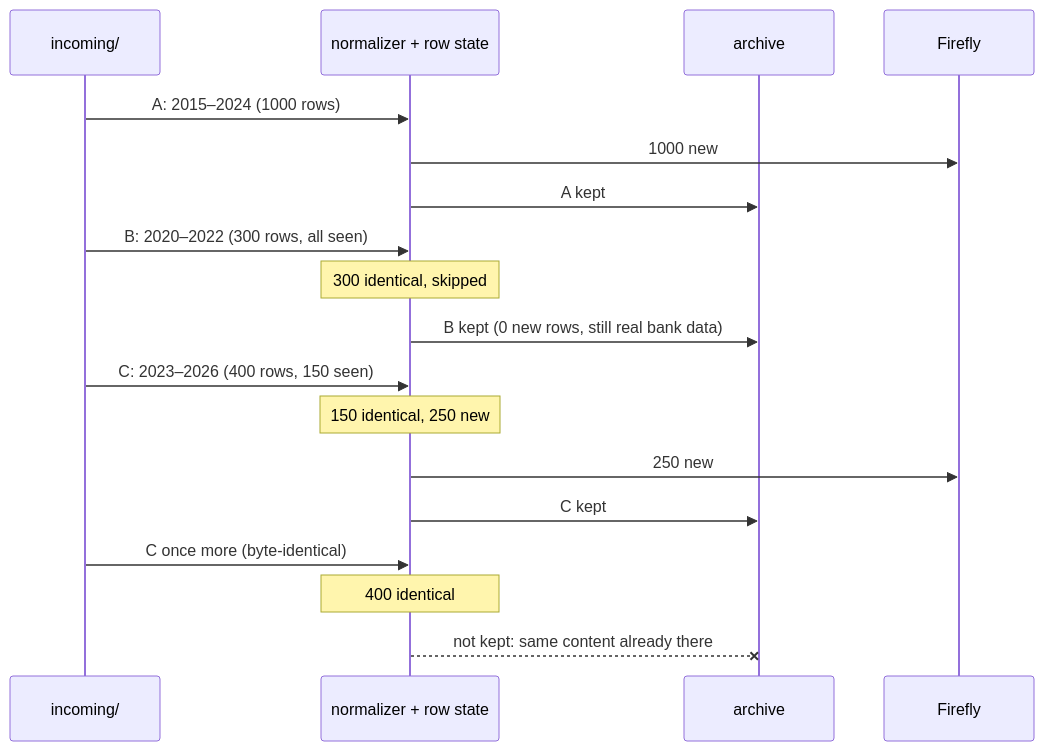
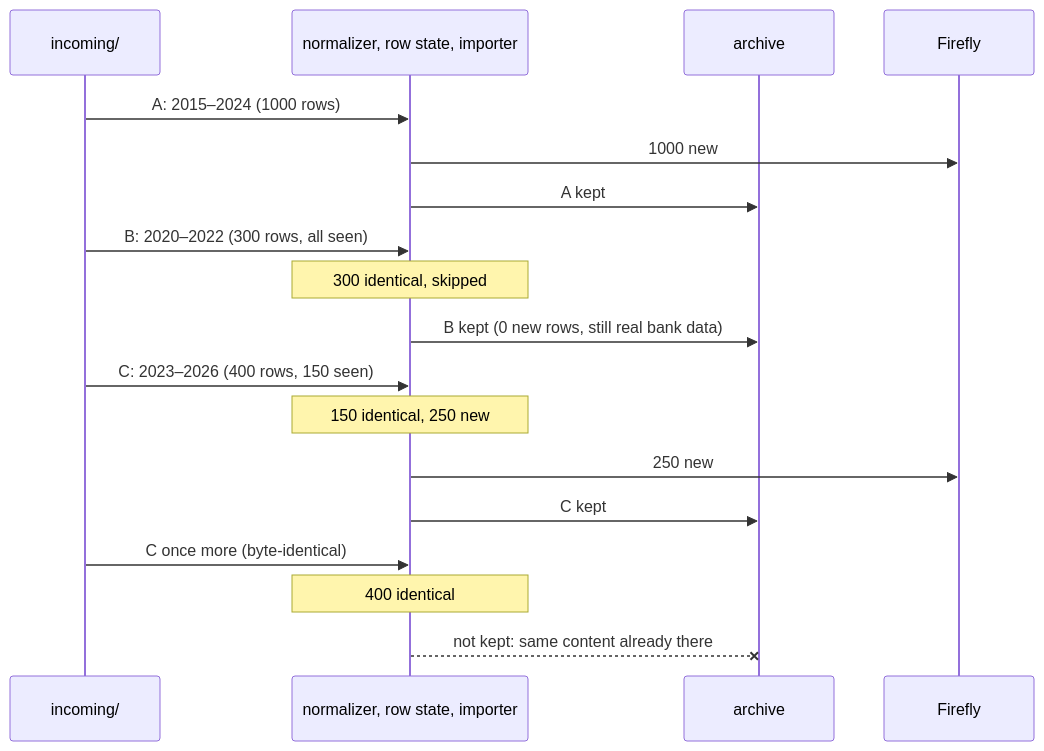
Before and after one commit to TrueNAS-Script-Kiddie/firefly-iii-feeder: the fifth of 8 diagrams in docs/archive-and-reload.md, drawn with Mermaid. The commit also changed other lines of this file and 8 other files, not shown here.

First line of the commit message:
Docs: one place per fact; diagrams; setup checklist

````diff
--- a/docs/archive-and-reload.md
+++ b/docs/archive-and-reload.md
@@ -137,20 +146,20 @@
 ```mermaid
 sequenceDiagram
     participant B as incoming/
-    participant N as normalizer + row state
+    participant N as normalizer, row state, importer
     participant A as archive
     participant F as Firefly
     B->>N: A: 2015–2024 (1000 rows)
     N->>F: 1000 new
     N->>A: A kept
     B->>N: B: 2020–2022 (300 rows, all seen)
     Note over N: 300 identical, skipped
     N->>A: B kept (0 new rows, still real bank data)
     B->>N: C: 2023–2026 (400 rows, 150 seen)
     Note over N: 150 identical, 250 new
     N->>F: 250 new
     N->>A: C kept
     B->>N: C once more (byte-identical)
     Note over N: 400 identical
     N--xA: not kept: same content already there
 ```
````
